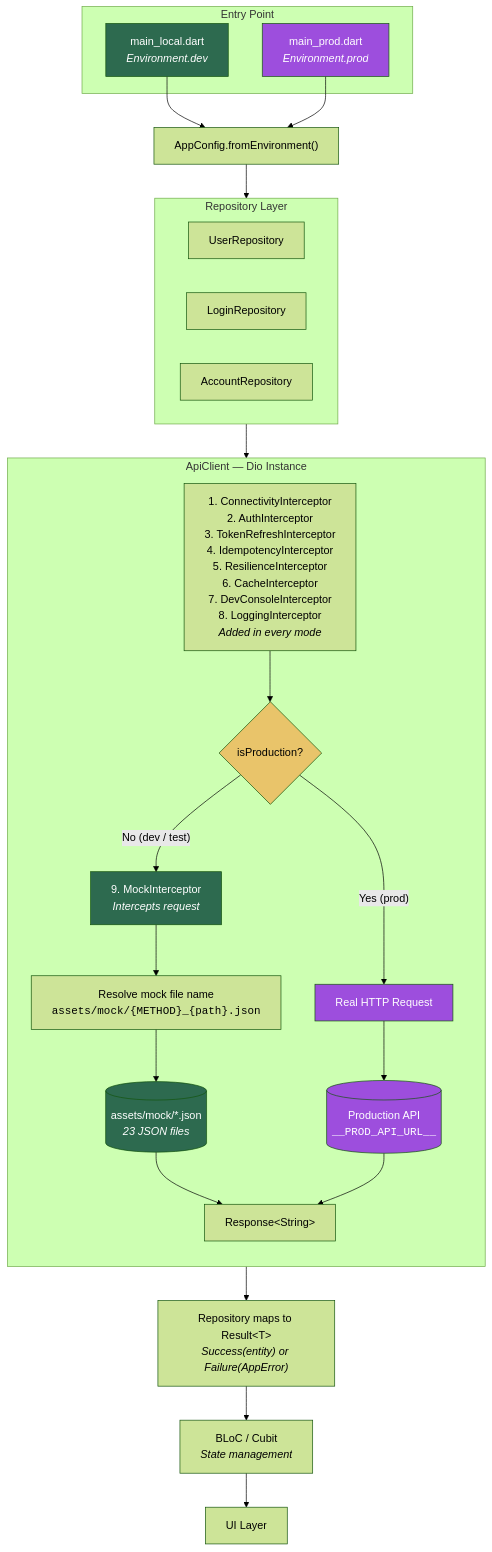
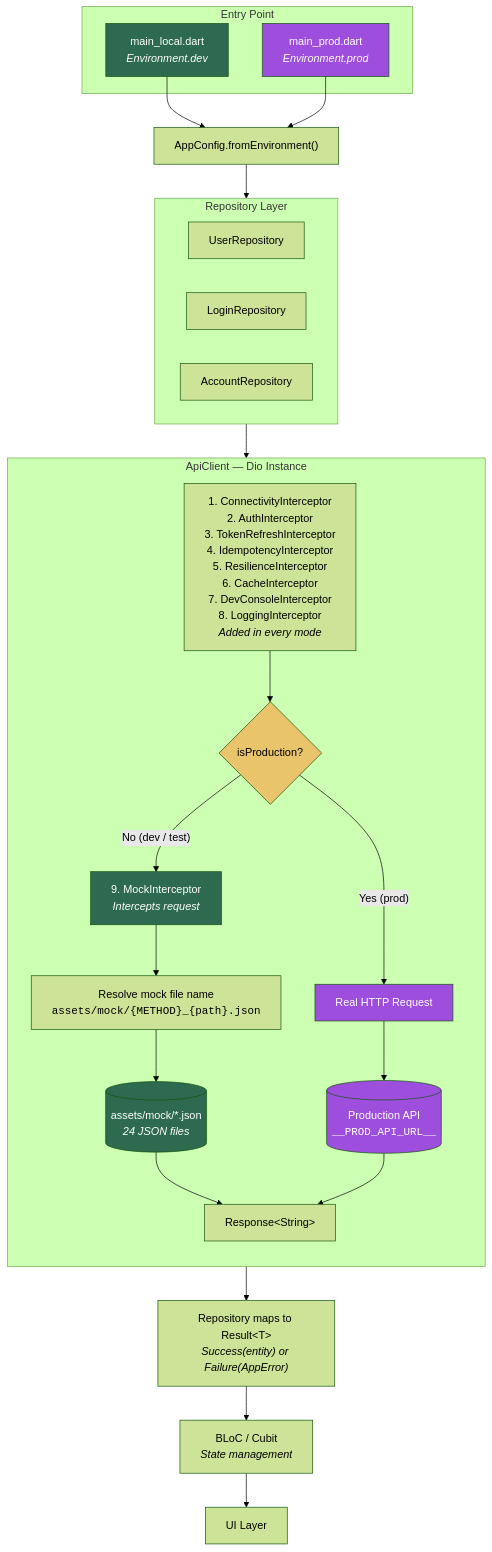
The first of 2 diagrams in docs/mock-architecture.md (cevheri/flutter-bloc-advanced), drawn with Mermaid (forest theme) before and after one commit. The commit also changed other lines of this file and 2 other files, not shown here.

Commit message:
fix(mock): answer the sample form's lead submission
The sample dynamic form that the dashboard opens submits POST /leads, and assets/mock had no file for it. MockInterceptor answered the missing file with "OK" and 201, so the demo showed "Form submitted successfully" for a submission it could not answer, and the form got "OK" back instead of the created lead.

POST_leads.json now answers the submission with the created lead. A widget test fills in and submits the sample form in mock mode through the real bloc, repository and mock-backed ApiClient, and checks the success message and the created lead.

````diff
--- a/docs/mock-architecture.md
+++ b/docs/mock-architecture.md
@@ -19,65 +19,65 @@
 ```mermaid
 flowchart TB
     subgraph Entry["Entry Point"]
         LOCAL["main_local.dart<br/><i>Environment.dev</i>"]
         PROD["main_prod.dart<br/><i>Environment.prod</i>"]
     end
 
     LOCAL --> ENV
     PROD --> ENV
 
     ENV["AppConfig.fromEnvironment()"]
     ENV --> REPO
 
     subgraph REPO["Repository Layer"]
         direction LR
         UR["UserRepository"]
         AR["LoginRepository"]
         ACR["AccountRepository"]
     end
 
     REPO --> API
 
     subgraph API["ApiClient — Dio Instance"]
         direction TB
         CHAIN["1. ConnectivityInterceptor<br/>2. AuthInterceptor<br/>3. TokenRefreshInterceptor<br/>4. IdempotencyInterceptor<br/>5. ResilienceInterceptor<br/>6. CacheInterceptor<br/>7. DevConsoleInterceptor<br/>8. LoggingInterceptor<br/><i>Added in every mode</i>"]
         CHAIN --> DECISION
 
         DECISION{isProduction?}
 
         DECISION -- "No (dev / test)" --> MOCK_INT
         DECISION -- "Yes (prod)" --> NETWORK
 
         MOCK_INT["9. MockInterceptor<br/><i>Intercepts request</i>"]
         MOCK_INT --> RESOLVE
 
         RESOLVE["Resolve mock file name<br/><code>assets/mock/{METHOD}_{path}.json</code>"]
         RESOLVE --> ASSET
 
-        ASSET[("assets/mock/*.json<br/><i>23 JSON files</i>")]
+        ASSET[("assets/mock/*.json<br/><i>24 JSON files</i>")]
         ASSET --> RESPONSE
 
         NETWORK["Real HTTP Request"]
         NETWORK --> REAL_API
 
         REAL_API[("Production API<br/><code>__PROD_API_URL__</code>")]
         REAL_API --> RESPONSE
     end
 
     RESPONSE["Response&lt;String&gt;"]
     RESPONSE --> RESULT
 
     RESULT["Repository maps to Result&lt;T&gt;<br/><i>Success(entity) or Failure(AppError)</i>"]
     RESULT --> BLOC
 
     BLOC["BLoC / Cubit<br/><i>State management</i>"]
     BLOC --> UI["UI Layer"]
 
     style LOCAL fill:#2d6a4f,color:#fff
     style PROD fill:#9d4edd,color:#fff
     style MOCK_INT fill:#2d6a4f,color:#fff
     style ASSET fill:#2d6a4f,color:#fff
     style NETWORK fill:#9d4edd,color:#fff
     style REAL_API fill:#9d4edd,color:#fff
     style DECISION fill:#e9c46a,color:#000
 ```
````
